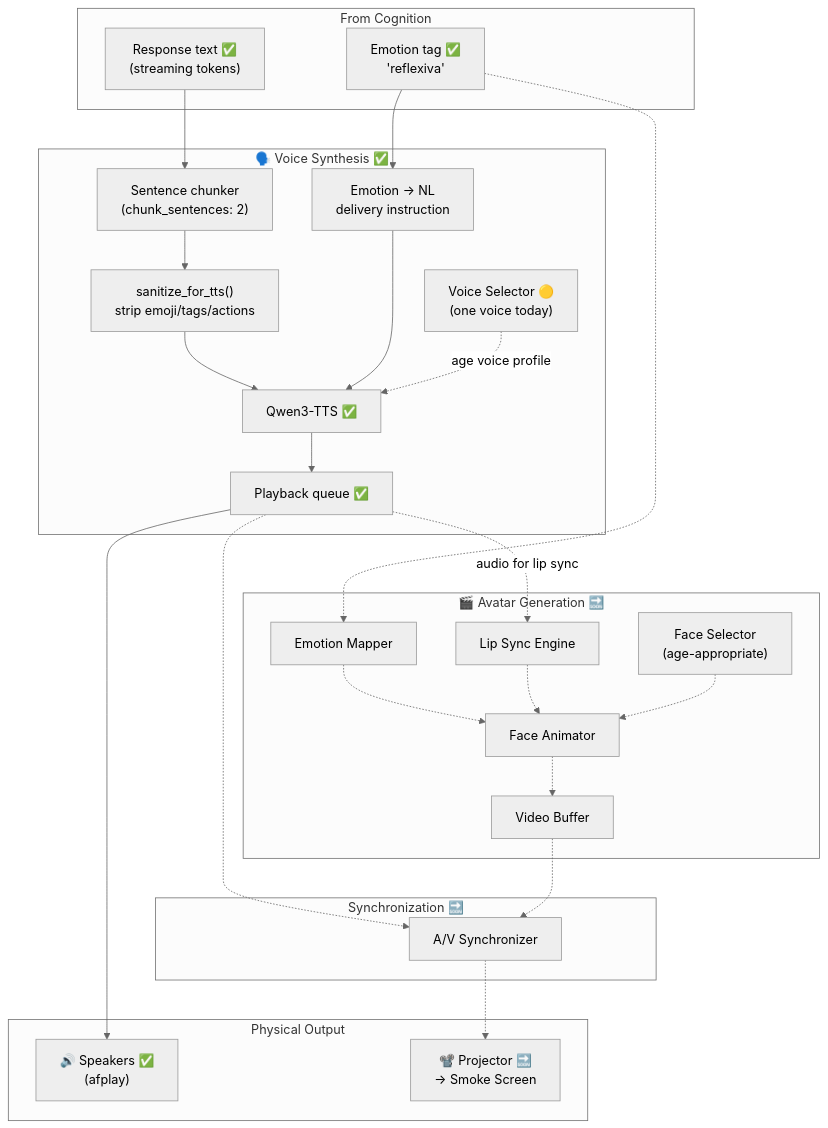
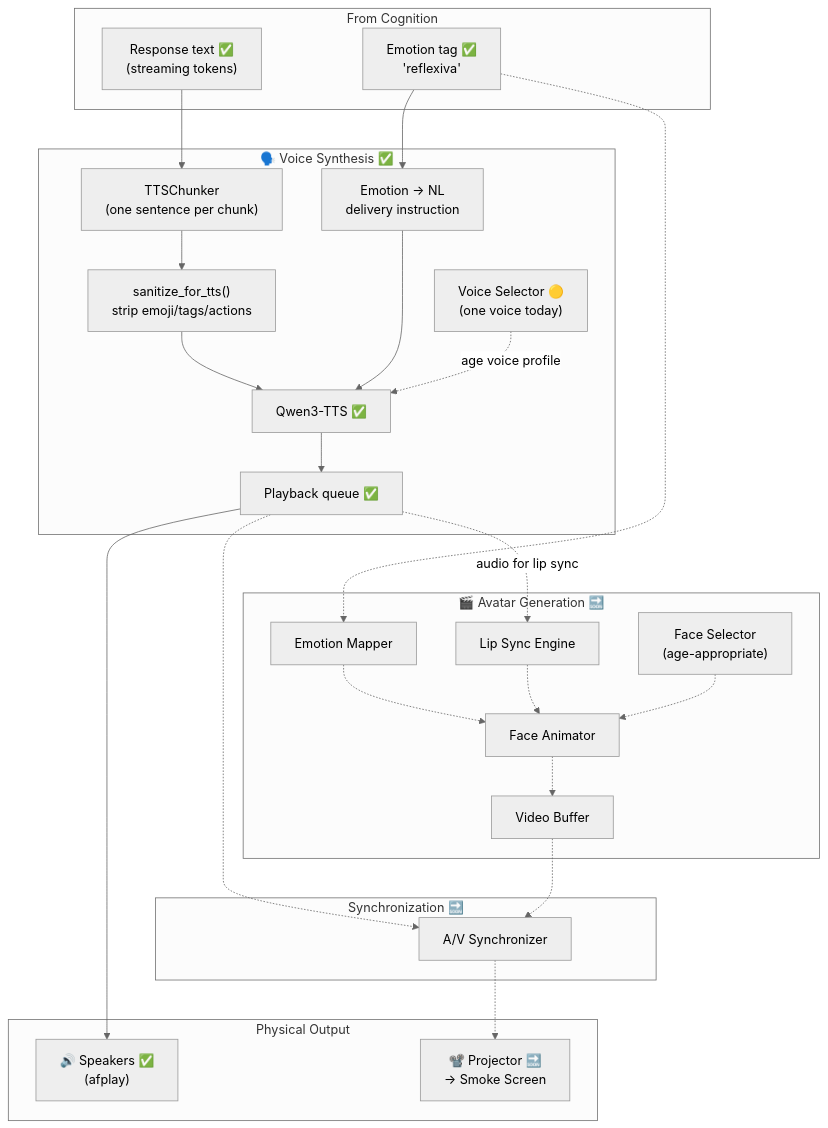
The fourth of 10 diagrams in ARCHITECTURE.md (sgl-a/Indira), drawn with Mermaid (neutral theme) before and after one commit. The commit also changed other lines of this file and 10 other files, not shown here.

````diff
--- a/ARCHITECTURE.md
+++ b/ARCHITECTURE.md
@@ -246,46 +248,46 @@
 ```mermaid
 flowchart TB
     subgraph LLM_OUTPUT ["From Cognition"]
         SPEECH_TEXT["Response text ✅\n(streaming tokens)"]
         EMOTION_INTENT["Emotion tag ✅\n'reflexiva'"]
     end
 
     subgraph TTS_PIPELINE ["🗣️ Voice Synthesis ✅"]
-        CHUNK["Sentence chunker\n(chunk_sentences: 2)"]
+        CHUNK["TTSChunker\n(one sentence per chunk)"]
         SANITIZE["sanitize_for_tts()\nstrip emoji/tags/actions"]
         VOICE_SELECT["Voice Selector 🟡\n(one voice today)"]
         INSTRUCT["Emotion → NL\ndelivery instruction"]
         SYNTH["Qwen3-TTS ✅"]
         QUEUE["Playback queue ✅"]
     end
 
     subgraph AVATAR_PIPELINE ["🎬 Avatar Generation 🔜"]
         FACE_SELECT["Face Selector\n(age-appropriate)"]
         EMOTION_MAP["Emotion Mapper"]
         LIPSYNC["Lip Sync Engine"]
         FACE_ANIM["Face Animator"]
         VIDEO_BUFFER["Video Buffer"]
     end
 
     subgraph SYNC ["Synchronization 🔜"]
         AV_SYNC["A/V Synchronizer"]
     end
 
     subgraph PHYSICAL ["Physical Output"]
         SPEAKERS["🔊 Speakers ✅\n(afplay)"]
         PROJECTOR["📽️ Projector 🔜\n→ Smoke Screen"]
     end
 
     SPEECH_TEXT --> CHUNK --> SANITIZE --> SYNTH
     EMOTION_INTENT --> INSTRUCT --> SYNTH
     VOICE_SELECT -.->|"age voice profile"| SYNTH
     SYNTH --> QUEUE --> SPEAKERS
 
     EMOTION_INTENT -.-> EMOTION_MAP -.-> FACE_ANIM
     QUEUE -.->|"audio for lip sync"| LIPSYNC -.-> FACE_ANIM
     FACE_SELECT -.-> FACE_ANIM -.-> VIDEO_BUFFER
 
     QUEUE -.-> AV_SYNC
     VIDEO_BUFFER -.-> AV_SYNC
     AV_SYNC -.-> PROJECTOR
 ```
````
